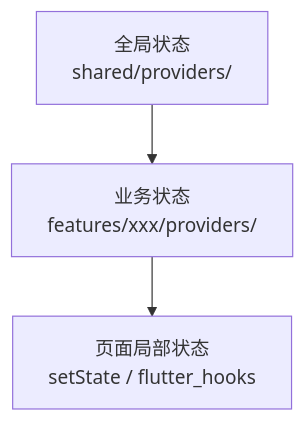
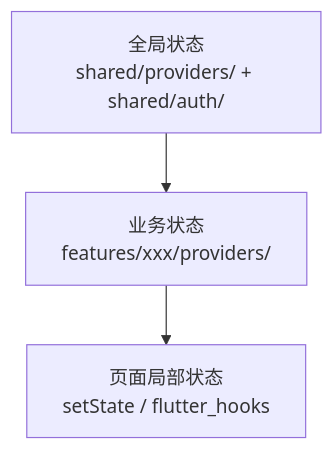
Before and after one commit to BruceChu0424/utenelec_imp: the diagram in docs/05-架构/状态管理.md, drawn with Mermaid. The commit also changed other lines of this file and 210 other files, not shown here.

````diff
--- a/docs/05-架构/状态管理.md
+++ b/docs/05-架构/状态管理.md
@@ -10,8 +10,8 @@
 ```mermaid
 flowchart TD
-    Global[全局状态\nshared/providers/]
+    Global[全局状态\nshared/providers/ + shared/auth/]
     Feature[业务状态\nfeatures/xxx/providers/]
     Local[页面局部状态\nsetState / flutter_hooks]
 
     Global --> Feature --> Local
 ```
````
